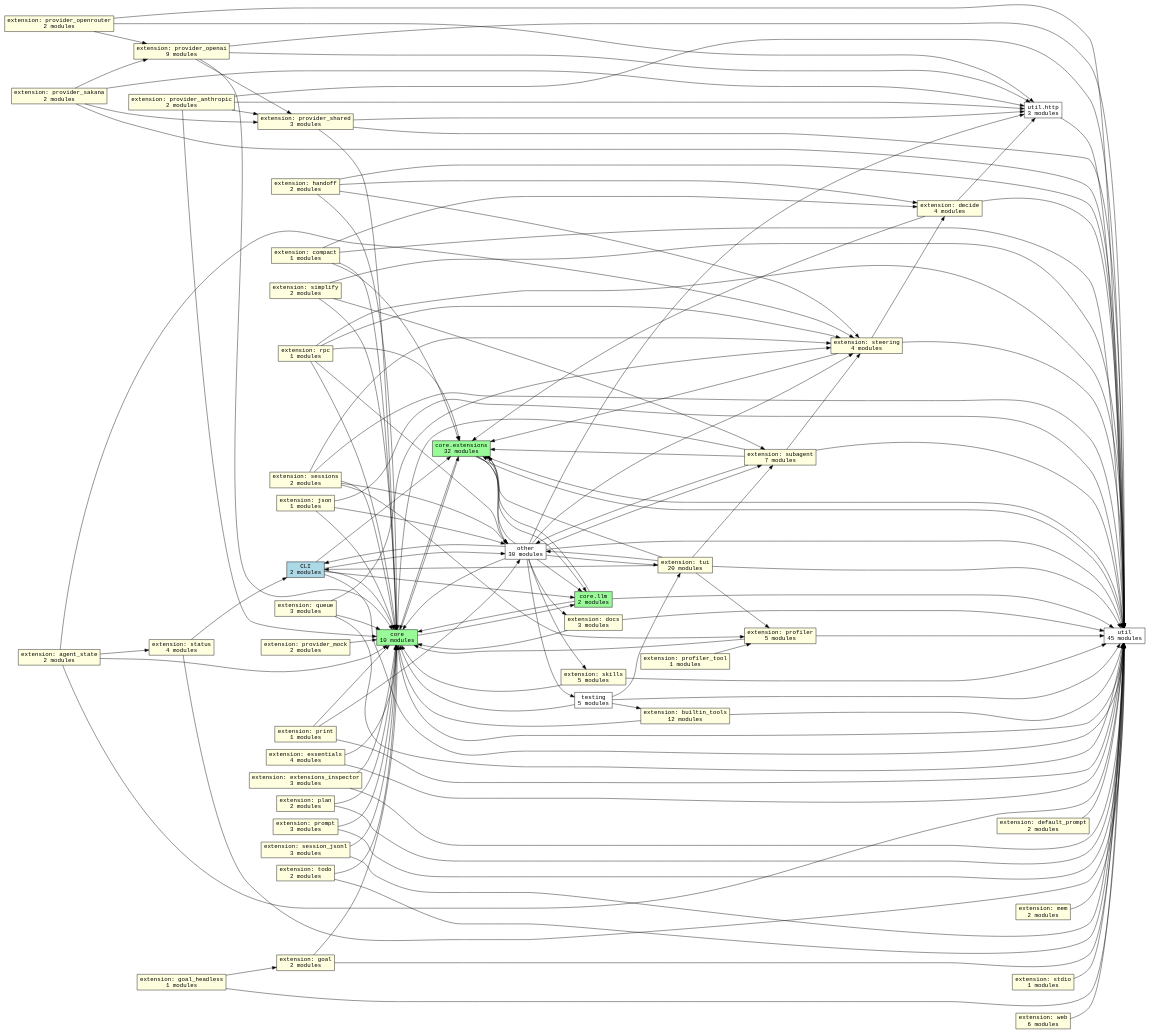
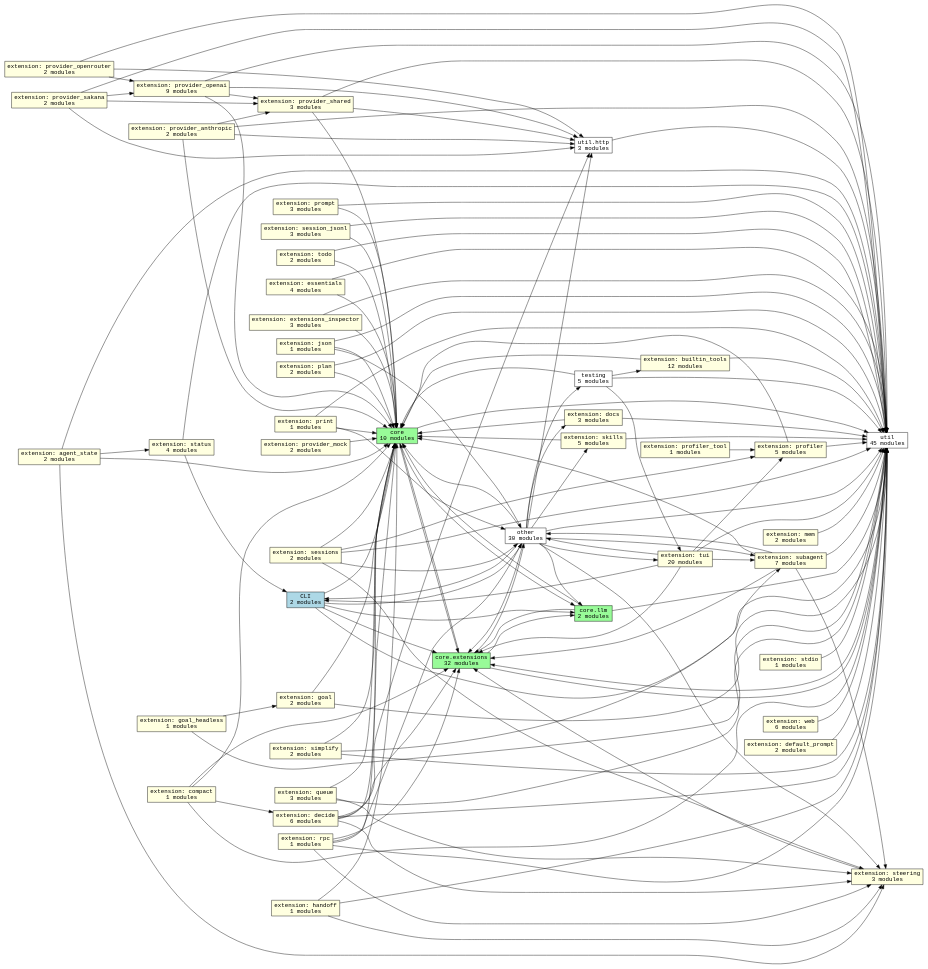
One commit to acmiyaguchi/fen changed the diagram in docs/graphs/subsystems.dot. Above: the diagram before and after it, drawn with Graphviz. The commit also changed 27 other files, not shown here.

First line of the commit message:
refactor(extensions): contain the Jev experiment in the decide extension

```diff
--- a/docs/graphs/subsystems.dot
+++ b/docs/graphs/subsystems.dot
@@ -1,184 +1,183 @@
 digraph fen_subsystems {
   graph [rankdir=LR];
   node [shape=box, fontname="monospace"];
   edge [fontname="monospace"];
   "cli" [fillcolor="lightblue", label="CLI\n2 modules", style="filled"];
   "core" [fillcolor="palegreen", label="core\n10 modules", style="filled"];
   "core.extensions" [fillcolor="palegreen", label="core.extensions\n32 modules", style="filled"];
   "core.llm" [fillcolor="palegreen", label="core.llm\n2 modules", style="filled"];
   "extension.agent_state" [fillcolor="lightyellow", label="extension: agent_state\n2 modules", style="filled"];
   "extension.builtin_tools" [fillcolor="lightyellow", label="extension: builtin_tools\n12 modules", style="filled"];
   "extension.compact" [fillcolor="lightyellow", label="extension: compact\n1 modules", style="filled"];
-  "extension.decide" [fillcolor="lightyellow", label="extension: decide\n4 modules", style="filled"];
+  "extension.decide" [fillcolor="lightyellow", label="extension: decide\n6 modules", style="filled"];
   "extension.default_prompt" [fillcolor="lightyellow", label="extension: default_prompt\n2 modules", style="filled"];
   "extension.docs" [fillcolor="lightyellow", label="extension: docs\n3 modules", style="filled"];
   "extension.essentials" [fillcolor="lightyellow", label="extension: essentials\n4 modules", style="filled"];
   "extension.extensions_inspector" [fillcolor="lightyellow", label="extension: extensions_inspector\n3 modules", style="filled"];
   "extension.goal" [fillcolor="lightyellow", label="extension: goal\n2 modules", style="filled"];
   "extension.goal_headless" [fillcolor="lightyellow", label="extension: goal_headless\n1 modules", style="filled"];
-  "extension.handoff" [fillcolor="lightyellow", label="extension: handoff\n2 modules", style="filled"];
+  "extension.handoff" [fillcolor="lightyellow", label="extension: handoff\n1 modules", style="filled"];
   "extension.json" [fillcolor="lightyellow", label="extension: json\n1 modules", style="filled"];
   "extension.mem" [fillcolor="lightyellow", label="extension: mem\n2 modules", style="filled"];
   "extension.plan" [fillcolor="lightyellow", label="extension: plan\n2 modules", style="filled"];
   "extension.print" [fillcolor="lightyellow", label="extension: print\n1 modules", style="filled"];
   "extension.profiler" [fillcolor="lightyellow", label="extension: profiler\n5 modules", style="filled"];
   "extension.profiler_tool" [fillcolor="lightyellow", label="extension: profiler_tool\n1 modules", style="filled"];
   "extension.prompt" [fillcolor="lightyellow", label="extension: prompt\n3 modules", style="filled"];
   "extension.provider_anthropic" [fillcolor="lightyellow", label="extension: provider_anthropic\n2 modules", style="filled"];
   "extension.provider_mock" [fillcolor="lightyellow", label="extension: provider_mock\n2 modules", style="filled"];
   "extension.provider_openai" [fillcolor="lightyellow", label="extension: provider_openai\n9 modules", style="filled"];
   "extension.provider_openrouter" [fillcolor="lightyellow", label="extension: provider_openrouter\n2 modules", style="filled"];
   "extension.provider_sakana" [fillcolor="lightyellow", label="extension: provider_sakana\n2 modules", style="filled"];
   "extension.provider_shared" [fillcolor="lightyellow", label="extension: provider_shared\n3 modules", style="filled"];
   "extension.queue" [fillcolor="lightyellow", label="extension: queue\n3 modules", style="filled"];
   "extension.rpc" [fillcolor="lightyellow", label="extension: rpc\n1 modules", style="filled"];
   "extension.session_jsonl" [fillcolor="lightyellow", label="extension: session_jsonl\n3 modules", style="filled"];
   "extension.sessions" [fillcolor="lightyellow", label="extension: sessions\n2 modules", style="filled"];
   "extension.simplify" [fillcolor="lightyellow", label="extension: simplify\n2 modules", style="filled"];
   "extension.skills" [fillcolor="lightyellow", label="extension: skills\n5 modules", style="filled"];
   "extension.status" [fillcolor="lightyellow", label="extension: status\n4 modules", style="filled"];
   "extension.stdio" [fillcolor="lightyellow", label="extension: stdio\n1 modules", style="filled"];
-  "extension.steering" [fillcolor="lightyellow", label="extension: steering\n4 modules", style="filled"];
+  "extension.steering" [fillcolor="lightyellow", label="extension: steering\n3 modules", style="filled"];
   "extension.subagent" [fillcolor="lightyellow", label="extension: subagent\n7 modules", style="filled"];
   "extension.todo" [fillcolor="lightyellow", label="extension: todo\n2 modules", style="filled"];
   "extension.tui" [fillcolor="lightyellow", label="extension: tui\n20 modules", style="filled"];
   "extension.web" [fillcolor="lightyellow", label="extension: web\n6 modules", style="filled"];
   "other" [fillcolor="white", label="other\n30 modules", style="filled"];
   "testing" [fillcolor="white", label="testing\n5 modules", style="filled"];
   "util" [fillcolor="white", label="util\n45 modules", style="filled"];
   "util.http" [fillcolor="white", label="util.http\n3 modules", style="filled"];
   "cli" -> "core";
   "cli" -> "core.extensions";
   "cli" -> "core.llm";
   "cli" -> "other";
   "cli" -> "util";
   "core" -> "core.extensions";
   "core" -> "core.llm";
   "core" -> "util";
   "core.extensions" -> "core";
   "core.extensions" -> "core.llm";
   "core.extensions" -> "other";
   "core.extensions" -> "util";
   "core.llm" -> "core";
   "core.llm" -> "core.extensions";
   "core.llm" -> "util";
   "extension.agent_state" -> "core";
   "extension.agent_state" -> "extension.status";
   "extension.agent_state" -> "extension.steering";
   "extension.agent_state" -> "util";
   "extension.builtin_tools" -> "core";
   "extension.builtin_tools" -> "util";
   "extension.compact" -> "core";
   "extension.compact" -> "core.extensions";
   "extension.compact" -> "extension.decide";
   "extension.compact" -> "util";
+  "extension.decide" -> "core";
   "extension.decide" -> "core.extensions";
+  "extension.decide" -> "extension.steering";
   "extension.decide" -> "util";
   "extension.decide" -> "util.http";
   "extension.default_prompt" -> "util";
   "extension.docs" -> "core";
   "extension.docs" -> "util";
   "extension.essentials" -> "core";
   "extension.essentials" -> "util";
   "extension.extensions_inspector" -> "core";
   "extension.extensions_inspector" -> "util";
   "extension.goal" -> "core";
   "extension.goal" -> "util";
   "extension.goal_headless" -> "extension.goal";
   "extension.goal_headless" -> "util";
   "extension.handoff" -> "core";
-  "extension.handoff" -> "extension.decide";
   "extension.handoff" -> "extension.steering";
   "extension.handoff" -> "util";
   "extension.json" -> "core";
   "extension.json" -> "other";
   "extension.json" -> "util";
   "extension.mem" -> "util";
   "extension.plan" -> "core";
   "extension.plan" -> "util";
   "extension.print" -> "core";
   "extension.print" -> "other";
   "extension.print" -> "util";
   "extension.profiler" -> "core";
   "extension.profiler" -> "util";
   "extension.profiler_tool" -> "extension.profiler";
   "extension.prompt" -> "core";
   "extension.prompt" -> "util";
   "extension.provider_anthropic" -> "core";
   "extension.provider_anthropic" -> "extension.provider_shared";
   "extension.provider_anthropic" -> "util";
   "extension.provider_anthropic" -> "util.http";
   "extension.provider_mock" -> "core";
   "extension.provider_openai" -> "core";
   "extension.provider_openai" -> "extension.provider_shared";
   "extension.provider_openai" -> "util";
   "extension.provider_openai" -> "util.http";
   "extension.provider_openrouter" -> "extension.provider_openai";
   "extension.provider_openrouter" -> "util";
   "extension.provider_openrouter" -> "util.http";
   "extension.provider_sakana" -> "extension.provider_openai";
   "extension.provider_sakana" -> "extension.provider_shared";
   "extension.provider_sakana" -> "util";
   "extension.provider_sakana" -> "util.http";
   "extension.provider_shared" -> "core";
   "extension.provider_shared" -> "util";
   "extension.provider_shared" -> "util.http";
   "extension.queue" -> "core";
   "extension.queue" -> "extension.steering";
   "extension.queue" -> "util";
   "extension.rpc" -> "core";
   "extension.rpc" -> "core.extensions";
   "extension.rpc" -> "extension.steering";
   "extension.rpc" -> "other";
   "extension.rpc" -> "util";
   "extension.session_jsonl" -> "core";
   "extension.session_jsonl" -> "util";
   "extension.sessions" -> "core";
   "extension.sessions" -> "extension.profiler";
   "extension.sessions" -> "extension.steering";
   "extension.sessions" -> "other";
   "extension.sessions" -> "util";
   "extension.simplify" -> "core";
   "extension.simplify" -> "extension.subagent";
   "extension.simplify" -> "util";
   "extension.skills" -> "core";
   "extension.skills" -> "util";
   "extension.status" -> "cli";
   "extension.status" -> "util";
   "extension.stdio" -> "util";
   "extension.steering" -> "core.extensions";
-  "extension.steering" -> "extension.decide";
-  "extension.steering" -> "util";
   "extension.subagent" -> "core";
   "extension.subagent" -> "core.extensions";
   "extension.subagent" -> "extension.steering";
   "extension.subagent" -> "other";
   "extension.subagent" -> "util";
   "extension.todo" -> "core";
   "extension.todo" -> "util";
   "extension.tui" -> "cli";
   "extension.tui" -> "core.extensions";
   "extension.tui" -> "extension.profiler";
   "extension.tui" -> "extension.subagent";
   "extension.tui" -> "other";
   "extension.tui" -> "util";
   "extension.web" -> "util";
   "other" -> "cli";
   "other" -> "core";
   "other" -> "core.extensions";
   "other" -> "core.llm";
   "other" -> "extension.docs";
   "other" -> "extension.skills";
   "other" -> "extension.steering";
   "other" -> "extension.subagent";
   "other" -> "extension.tui";
   "other" -> "testing";
   "other" -> "util";
   "other" -> "util.http";
   "testing" -> "core";
   "testing" -> "extension.builtin_tools";
   "testing" -> "extension.tui";
   "testing" -> "util";
   "util" -> "core.extensions";
   "util.http" -> "util";
 }
```
